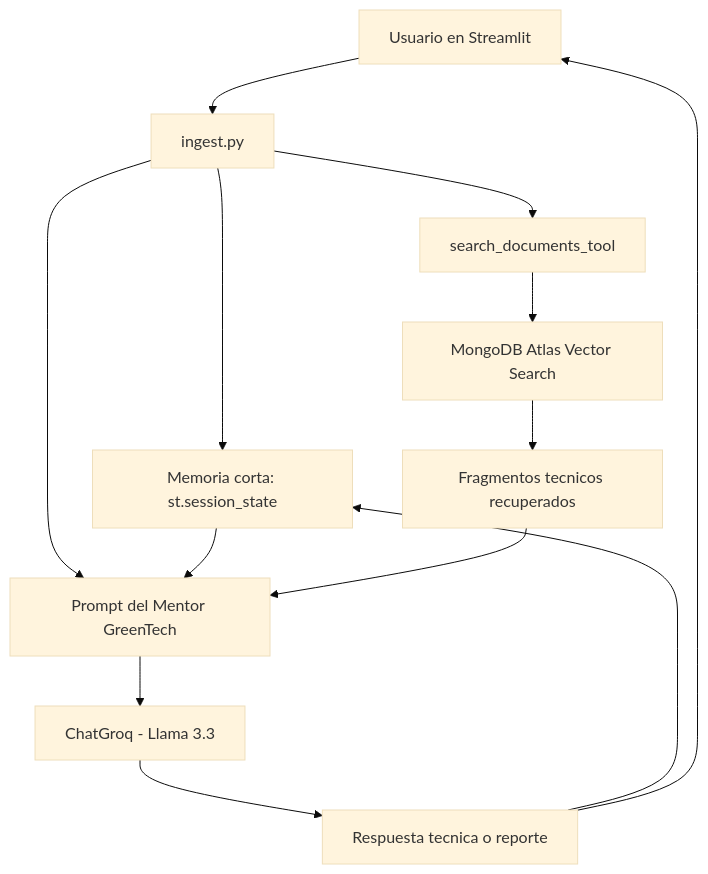
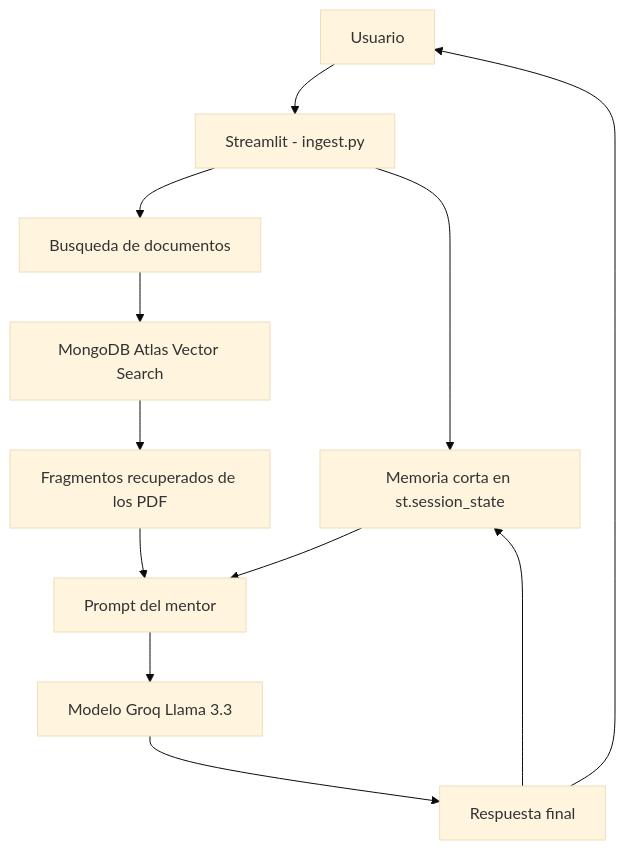
The diagram in README.md (GKapppa/GreenTech_Project), drawn with Mermaid (base theme) before and after one commit. The commit also changed other lines of this file and 1 other file, not shown here.

````diff
--- a/README.md
+++ b/README.md
@@ -69,15 +39,14 @@
 ```mermaid
 flowchart TD
-    A[Usuario en Streamlit] --> B[ingest.py]
-    B --> C[Memoria corta: st.session_state]
-    B --> D[search_documents_tool]
+    A[Usuario] --> B[Streamlit - ingest.py]
+    B --> C[Memoria corta en st.session_state]
+    B --> D[Busqueda de documentos]
     D --> E[MongoDB Atlas Vector Search]
-    E --> F[Fragmentos tecnicos recuperados]
-    B --> G[Prompt del Mentor GreenTech]
+    E --> F[Fragmentos recuperados de los PDF]
+    F --> G[Prompt del mentor]
     C --> G
-    F --> G
-    G --> H[ChatGroq - Llama 3.3]
-    H --> I[Respuesta tecnica o reporte]
+    G --> H[Modelo Groq Llama 3.3]
+    H --> I[Respuesta final]
     I --> C
     I --> A
 ```
````
